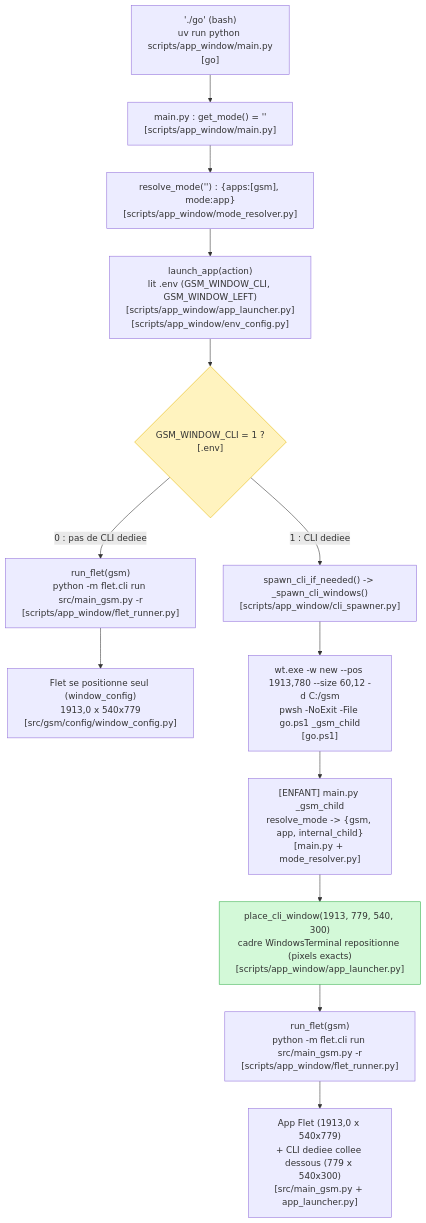
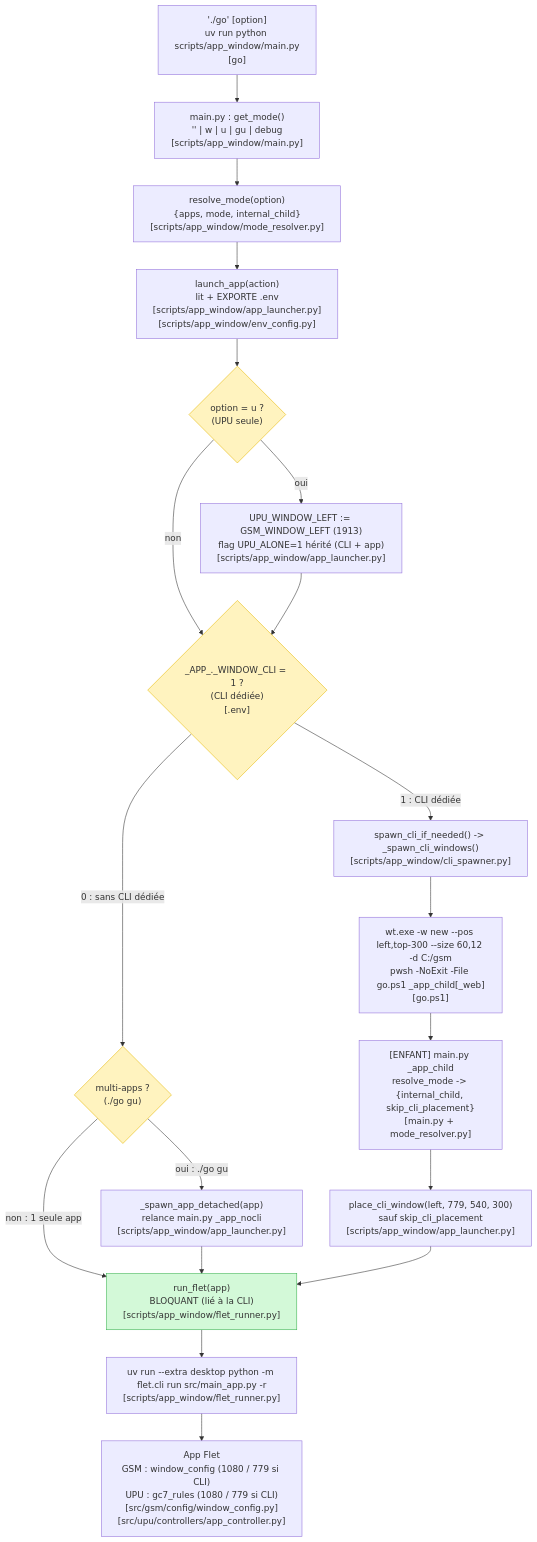
One commit to GrCOTE7/gsm changed the diagram in scripts/app_window/ORGA.md. Above: the diagram before and after it, drawn with Mermaid. The commit also changed other lines of this file, not shown here.

````diff
--- a/scripts/app_window/ORGA.md
+++ b/scripts/app_window/ORGA.md
@@ -19,22 +35,33 @@
 ```mermaid
 flowchart TD
-    A["'./go' (bash)<br/>uv run python scripts/app_window/main.py<br/>[go]"] --> B["main.py : get_mode() = ''<br/>[scripts/app_window/main.py]"]
-    B --> C["resolve_mode('') : {apps:[gsm], mode:app}<br/>[scripts/app_window/mode_resolver.py]"]
-    C --> D["launch_app(action)<br/>lit .env (GSM_WINDOW_CLI, GSM_WINDOW_LEFT)<br/>[scripts/app_window/app_launcher.py]<br/>[scripts/app_window/env_config.py]"]
+    A["'./go' [option]<br/>uv run python scripts/app_window/main.py<br/>[go]"]
+    --> B["main.py : get_mode()<br/>'' | w | u | gu | debug<br/>[scripts/app_window/main.py]"]
+    B --> C["resolve_mode(option)<br/>{apps, mode, internal_child}<br/>[scripts/app_window/mode_resolver.py]"]
+    C --> D["launch_app(action)<br/>lit + EXPORTE .env<br/>[scripts/app_window/app_launcher.py]<br/>[scripts/app_window/env_config.py]"]
 
-    D --> E{"GSM_WINDOW_CLI = 1 ?<br/>[.env]"}
+    D --> E{"option = u ?<br/>(UPU seule)"}
+    E -- "non" --> F
+    E -- "oui" --> E1["UPU_WINDOW_LEFT := GSM_WINDOW_LEFT (1913)<br/>flag UPU_ALONE=1 hérité (CLI + app)<br/>[scripts/app_window/app_launcher.py]"]
+    E1 --> F
 
-    E -- "0 : pas de CLI dediee" --> F["run_flet(gsm)<br/>python -m flet.cli run src/main_gsm.py -r<br/>[scripts/app_window/flet_runner.py]"]
-    F --> G["Flet se positionne seul (window_config)<br/>1913,0 x 540x779<br/>[src/gsm/config/window_config.py]"]
+    F{"_APP_._WINDOW_CLI = 1 ?<br/>(CLI dédiée)<br/>[.env]"}
 
-    E -- "1 : CLI dediee" --> H["spawn_cli_if_needed() -> _spawn_cli_windows()<br/>[scripts/app_window/cli_spawner.py]"]
-    H --> I["wt.exe -w new --pos 1913,780 --size 60,12 -d C:/gsm<br/>pwsh -NoExit -File go.ps1 _gsm_child<br/>[go.ps1]"]
+    F -- "0 : sans CLI dédiée" --> G{"multi-apps ?<br/>(./go gu)"}
+    G -- "non : 1 seule app" --> H["run_flet(app)<br/>BLOQUANT (lié à la CLI)<br/>[scripts/app_window/flet_runner.py]"]
+    G -- "oui : ./go gu" --> G1["_spawn_app_detached(app)<br/>relance main.py _app_nocli<br/>[scripts/app_window/app_launcher.py]"]
+    G1 --> H
 
-    I --> J["[ENFANT] main.py _gsm_child<br/>resolve_mode -> {gsm, app, internal_child}<br/>[main.py + mode_resolver.py]"]
-    J --> K["place_cli_window(1913, 779, 540, 300)<br/>cadre WindowsTerminal repositionne (pixels exacts)<br/>[scripts/app_window/app_launcher.py]"]
-    K --> L["run_flet(gsm)<br/>python -m flet.cli run src/main_gsm.py -r<br/>[scripts/app_window/flet_runner.py]"]
-    L --> M["App Flet (1913,0 x 540x779)<br/>+ CLI dediee collee dessous (779 x 540x300)<br/>[src/main_gsm.py + app_launcher.py]"]
+    F -- "1 : CLI dédiée" --> K["spawn_cli_if_needed() -> _spawn_cli_windows()<br/>[scripts/app_window/cli_spawner.py]"]
+    K --> L["wt.exe -w new --pos left,top-300 --size 60,12 -d C:/gsm<br/>pwsh -NoExit -File go.ps1 _app_child[_web]<br/>[go.ps1]"]
+    L --> M["[ENFANT] main.py _app_child<br/>resolve_mode -> {internal_child, skip_cli_placement}<br/>[main.py + mode_resolver.py]"]
+    M --> N["place_cli_window(left, 779, 540, 300)<br/>sauf skip_cli_placement<br/>[scripts/app_window/app_launcher.py]"]
+    N --> H
+
+    H --> I["uv run --extra desktop python -m flet.cli run src/main_app.py -r<br/>[scripts/app_window/flet_runner.py]"]
+    I --> J["App Flet<br/>GSM : window_config (1080 / 779 si CLI)<br/>UPU : gc7_rules (1080 / 779 si CLI)<br/>[src/gsm/config/window_config.py]<br/>[src/upu/controllers/app_controller.py]"]
 
     style E fill:#fff3bf,stroke:#e6b800
-    style K fill:#d3f9d8,stroke:#37b24d
+    style F fill:#fff3bf,stroke:#e6b800
+    style G fill:#fff3bf,stroke:#e6b800
+    style H fill:#d3f9d8,stroke:#37b24d
 ```
````
